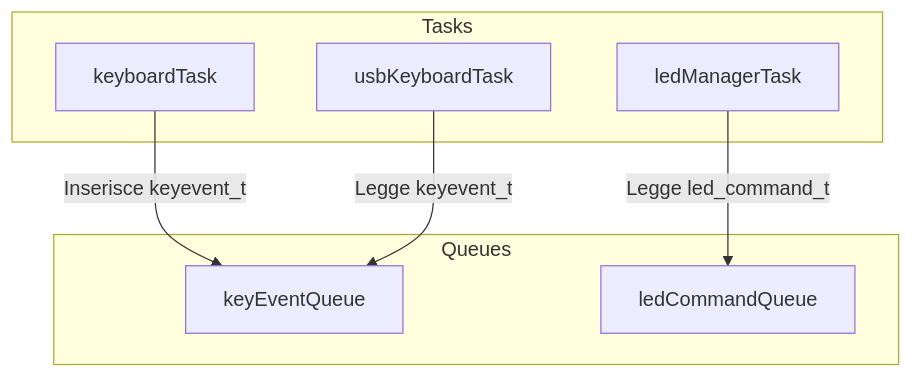
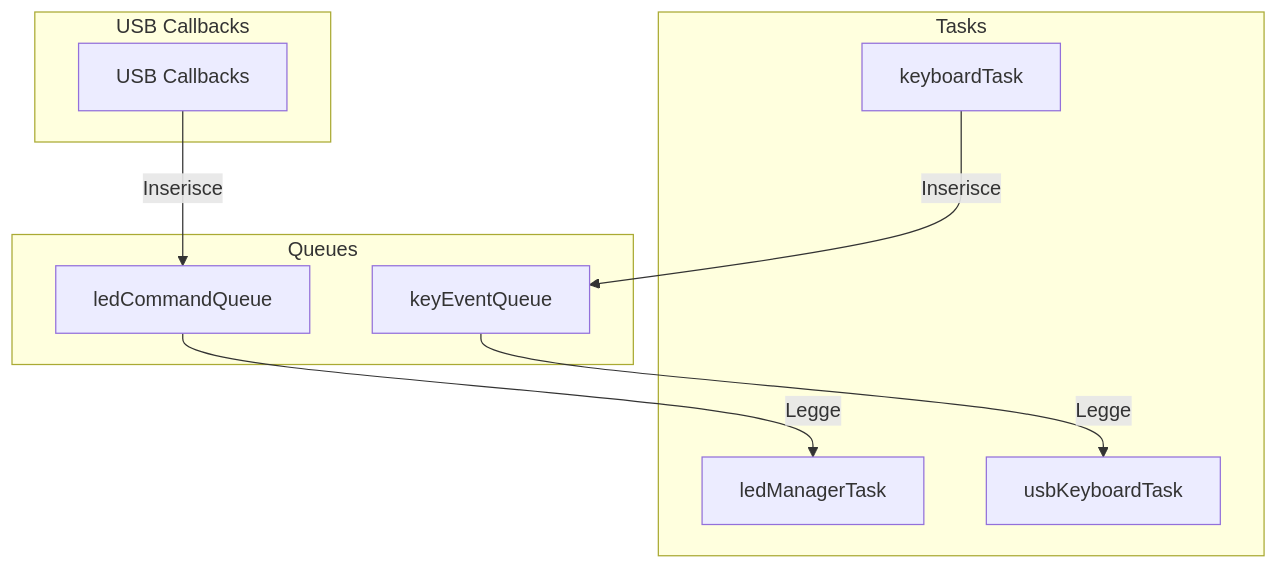
The second of 2 diagrams in amiga_usb_mx/README.md (gianlucarenzi/A1200KB), drawn with Mermaid before and after one commit. The commit also changed other lines of this file, not shown here.

````diff
--- a/amiga_usb_mx/README.md
+++ b/amiga_usb_mx/README.md
@@ -87,17 +97,23 @@
 ```mermaid
 graph TD
     subgraph Tasks
         KT[keyboardTask]
         UKT[usbKeyboardTask]
         LMT[ledManagerTask]
     end
 
     subgraph Queues
         KEQ[keyEventQueue]
         LCQ[ledCommandQueue]
     end
+    
+    subgraph "USB Callbacks"
+        USB_CB[USB Callbacks]
+    end
 
-    KT -- Inserisce keyevent_t --> KEQ
-    UKT -- Legge keyevent_t --> KEQ
-    LMT -- Legge led_command_t --> LCQ
+    KT -- "Inserisce" --> KEQ
+    KEQ -- "Legge" --> UKT
+    
+    USB_CB -- "Inserisce" --> LCQ
+    LCQ -- "Legge" --> LMT
 ```
````
